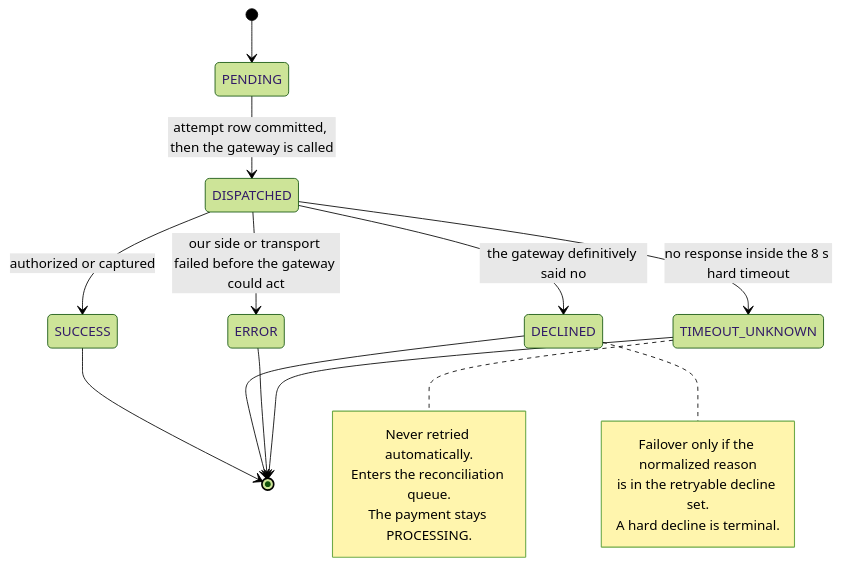
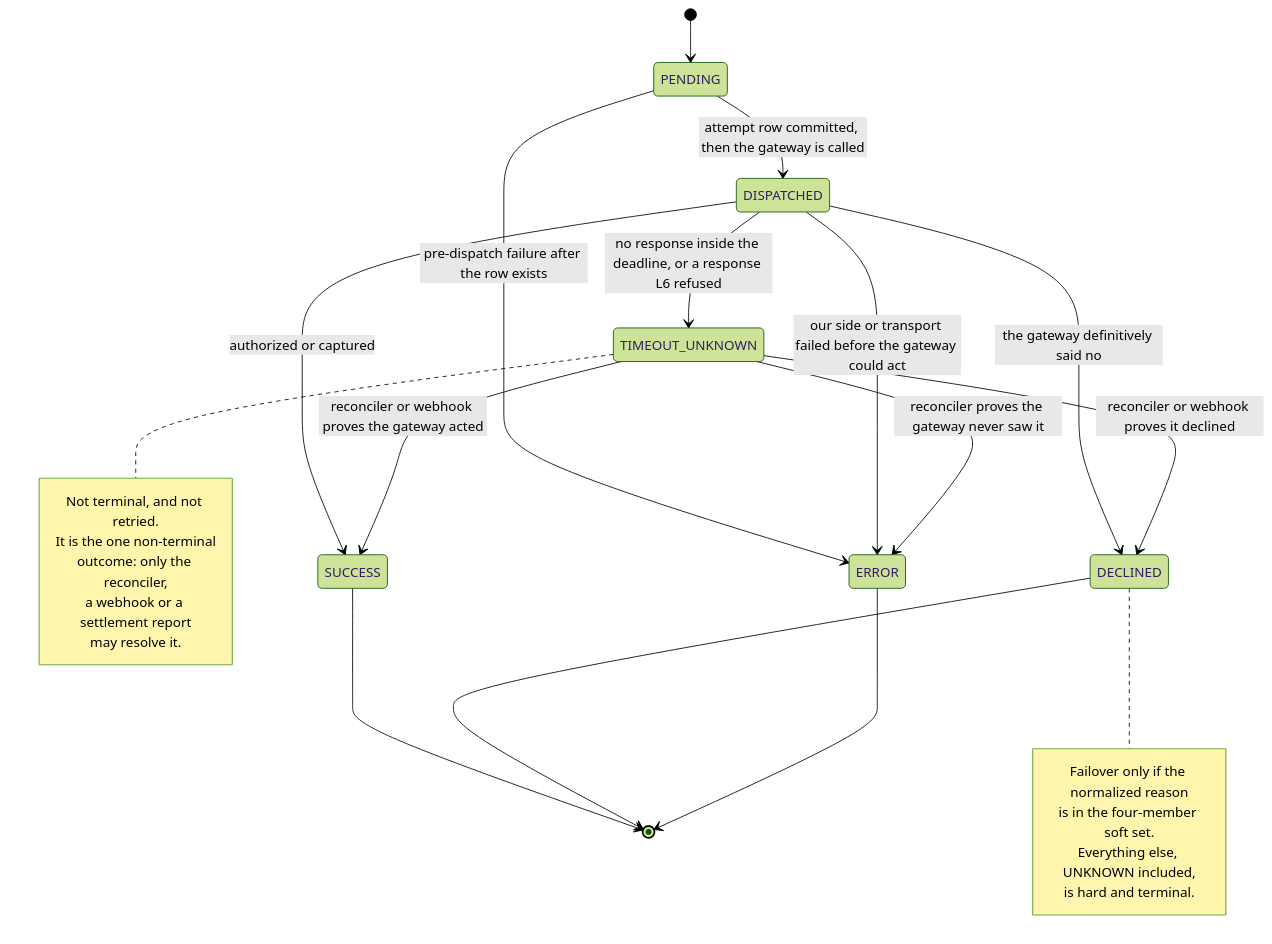
Before and after one commit to udaykishore-resu/payments-platform: the third of 4 diagrams in docs/diagrams/13-state-machines.md, drawn with Mermaid (forest theme). The commit also changed other lines of this file and 67 other files, not shown here.

````diff
--- a/docs/diagrams/13-state-machines.md
+++ b/docs/diagrams/13-state-machines.md
@@ -132,26 +134,33 @@
 ```mermaid
 stateDiagram-v2
     [*] --> PENDING
     PENDING --> DISPATCHED: attempt row committed, then the gateway is called
+    PENDING --> ERROR: pre-dispatch failure after the row exists
     DISPATCHED --> SUCCESS: authorized or captured
     DISPATCHED --> DECLINED: the gateway definitively said no
     DISPATCHED --> ERROR: our side or transport failed before the gateway could act
-    DISPATCHED --> TIMEOUT_UNKNOWN: no response inside the 8 s hard timeout
+    DISPATCHED --> TIMEOUT_UNKNOWN: no response inside the deadline, or a response L6 refused
+
+    TIMEOUT_UNKNOWN --> SUCCESS: reconciler or webhook proves the gateway acted
+    TIMEOUT_UNKNOWN --> DECLINED: reconciler or webhook proves it declined
+    TIMEOUT_UNKNOWN --> ERROR: reconciler proves the gateway never saw it
 
     SUCCESS --> [*]
     DECLINED --> [*]
     ERROR --> [*]
-    TIMEOUT_UNKNOWN --> [*]
 
     note right of TIMEOUT_UNKNOWN
-        Never retried automatically.
-        Enters the reconciliation queue.
-        The payment stays PROCESSING.
+        Not terminal, and not retried.
+        It is the one non-terminal
+        outcome: only the reconciler,
+        a webhook or a settlement report
+        may resolve it.
     end note
 
     note right of DECLINED
         Failover only if the normalized reason
-        is in the retryable decline set.
-        A hard decline is terminal.
+        is in the four-member soft set.
+        Everything else, UNKNOWN included,
+        is hard and terminal.
     end note
 ```
````
